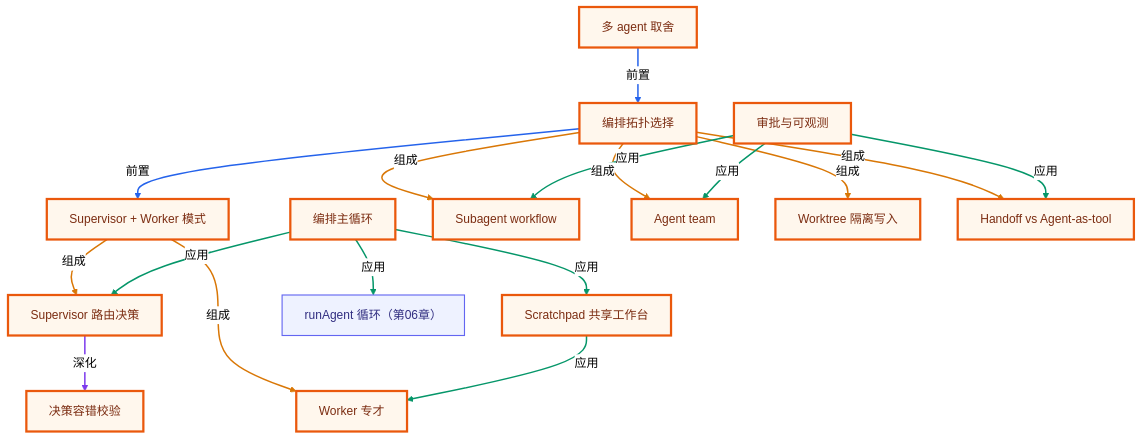
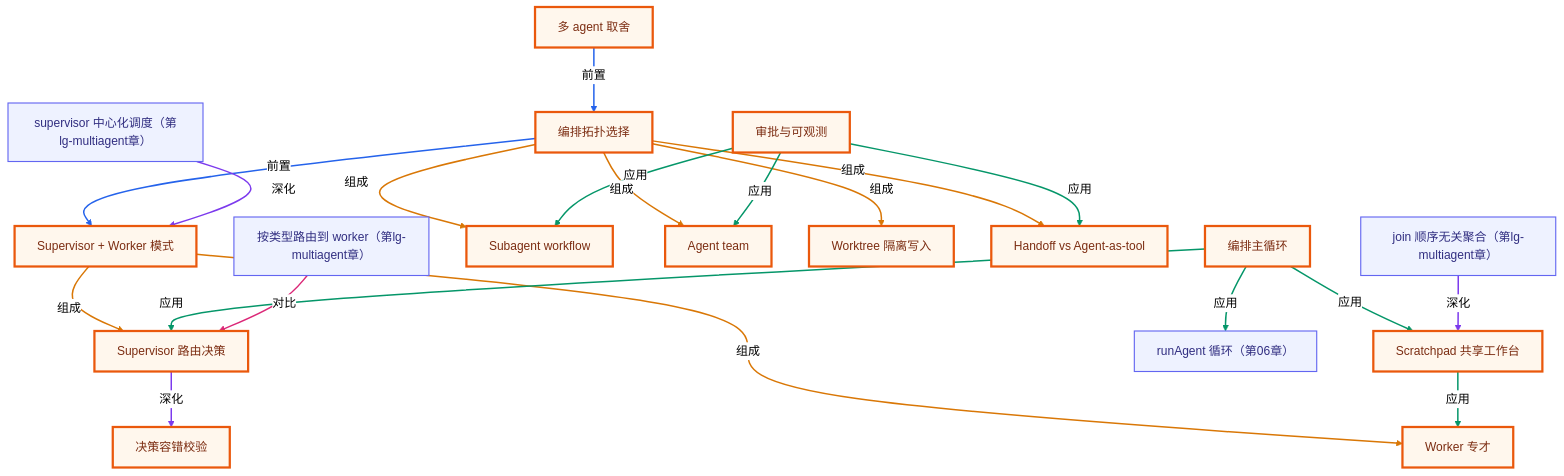
The second of 2 diagrams in lessons/11-multi-agent-orchestration/README.md (songuu/agent), drawn with Mermaid (neutral theme) before and after one commit. The commit also changed other lines of this file and 58 other files, not shown here.

````diff
--- a/lessons/11-multi-agent-orchestration/README.md
+++ b/lessons/11-multi-agent-orchestration/README.md
@@ -401,53 +401,62 @@
 ```mermaid
 graph TB
   classDef own fill:#fff7ed,stroke:#ea580c,stroke-width:3px,color:#7c2d12;
   classDef cross fill:#eef2ff,stroke:#6366f1,stroke-width:1.5px,color:#312e81;
   n_c11_supervisor_worker["Supervisor + Worker 模式"]
   n_c11_topology_choice["编排拓扑选择"]
   n_c11_supervisor_routing["Supervisor 路由决策"]
   n_c11_worker_specialist["Worker 专才"]
   n_c11_scratchpad["Scratchpad 共享工作台"]
   n_c11_orchestration_loop["编排主循环"]
   n_c11_cost_tradeoff["多 agent 取舍"]
   n_c11_decision_validation["决策容错校验"]
   n_c11_subagent_workflow["Subagent workflow"]
   n_c11_agent_team["Agent team"]
   n_c11_worktree_isolation["Worktree 隔离写入"]
   n_c11_handoff_agent_tool["Handoff vs Agent-as-tool"]
   n_c11_approval_observability["审批与可观测"]
   n_c06_run_agent_loop["runAgent 循环（第06章）"]
+  n_lgma_supervisor["supervisor 中心化调度（第lg-multiagent章）"]
+  n_lgma_worker_routing["按类型路由到 worker（第lg-multiagent章）"]
+  n_lgma_order_independent_join["join 顺序无关聚合（第lg-multiagent章）"]
   n_c11_supervisor_worker -->|组成| n_c11_supervisor_routing
   n_c11_supervisor_worker -->|组成| n_c11_worker_specialist
   n_c11_topology_choice -->|前置| n_c11_supervisor_worker
   n_c11_topology_choice -->|组成| n_c11_subagent_workflow
   n_c11_topology_choice -->|组成| n_c11_agent_team
   n_c11_topology_choice -->|组成| n_c11_worktree_isolation
   n_c11_topology_choice -->|组成| n_c11_handoff_agent_tool
   n_c11_supervisor_routing -->|深化| n_c11_decision_validation
   n_c11_orchestration_loop -->|应用| n_c11_supervisor_routing
   n_c11_orchestration_loop -->|应用| n_c11_scratchpad
   n_c11_scratchpad -->|应用| n_c11_worker_specialist
   n_c11_cost_tradeoff -->|前置| n_c11_topology_choice
   n_c11_approval_observability -->|应用| n_c11_subagent_workflow
   n_c11_approval_observability -->|应用| n_c11_agent_team
   n_c11_approval_observability -->|应用| n_c11_handoff_agent_tool
   n_c11_orchestration_loop -->|应用| n_c06_run_agent_loop
+  n_lgma_supervisor -->|深化| n_c11_supervisor_worker
+  n_lgma_worker_routing -->|对比| n_c11_supervisor_routing
+  n_lgma_order_independent_join -->|深化| n_c11_scratchpad
   class n_c11_supervisor_worker,n_c11_topology_choice,n_c11_supervisor_routing,n_c11_worker_specialist,n_c11_scratchpad,n_c11_orchestration_loop,n_c11_cost_tradeoff,n_c11_decision_validation,n_c11_subagent_workflow,n_c11_agent_team,n_c11_worktree_isolation,n_c11_handoff_agent_tool,n_c11_approval_observability own;
-  class n_c06_run_agent_loop cross;
+  class n_c06_run_agent_loop,n_lgma_supervisor,n_lgma_worker_routing,n_lgma_order_independent_join cross;
   linkStyle 0 stroke:#d97706,stroke-width:2px;
   linkStyle 1 stroke:#d97706,stroke-width:2px;
   linkStyle 2 stroke:#2563eb,stroke-width:2px;
   linkStyle 3 stroke:#d97706,stroke-width:2px;
   linkStyle 4 stroke:#d97706,stroke-width:2px;
   linkStyle 5 stroke:#d97706,stroke-width:2px;
   linkStyle 6 stroke:#d97706,stroke-width:2px;
   linkStyle 7 stroke:#7c3aed,stroke-width:2px;
   linkStyle 8 stroke:#059669,stroke-width:2px;
   linkStyle 9 stroke:#059669,stroke-width:2px;
   linkStyle 10 stroke:#059669,stroke-width:2px;
   linkStyle 11 stroke:#2563eb,stroke-width:2px;
   linkStyle 12 stroke:#059669,stroke-width:2px;
   linkStyle 13 stroke:#059669,stroke-width:2px;
   linkStyle 14 stroke:#059669,stroke-width:2px;
   linkStyle 15 stroke:#059669,stroke-width:2px;
+  linkStyle 16 stroke:#7c3aed,stroke-width:2px;
+  linkStyle 17 stroke:#db2777,stroke-width:2px;
+  linkStyle 18 stroke:#7c3aed,stroke-width:2px;
 ```
````
